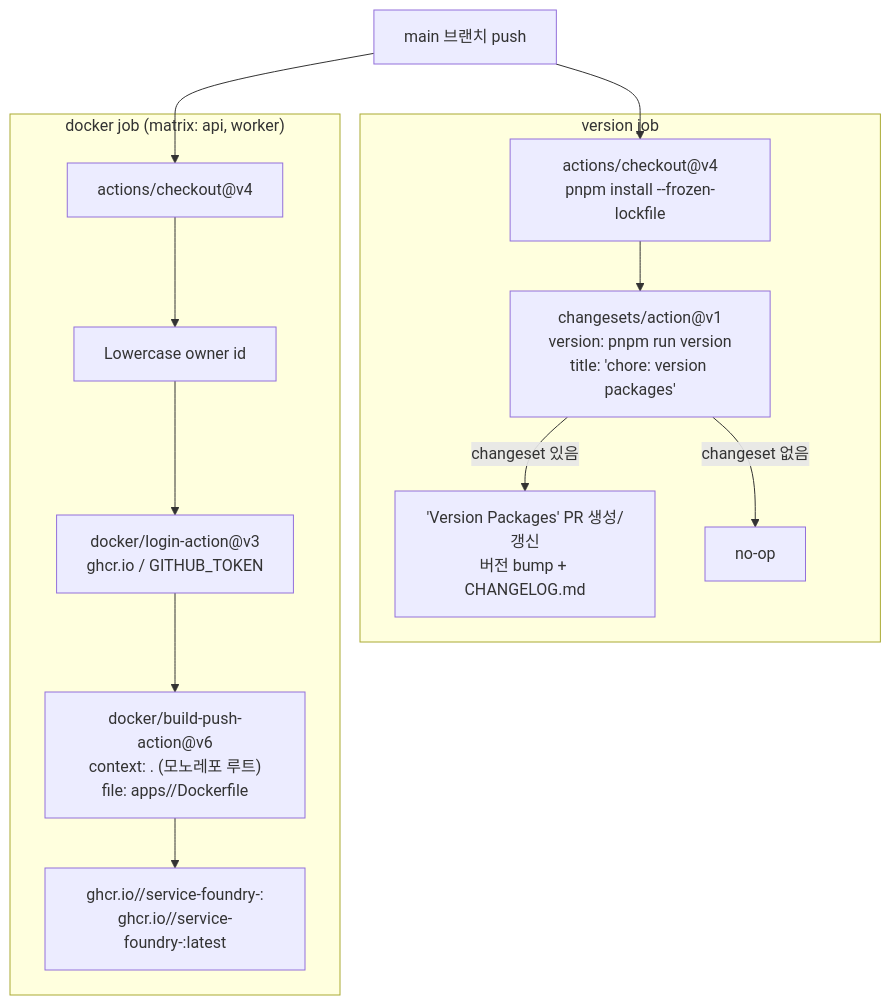
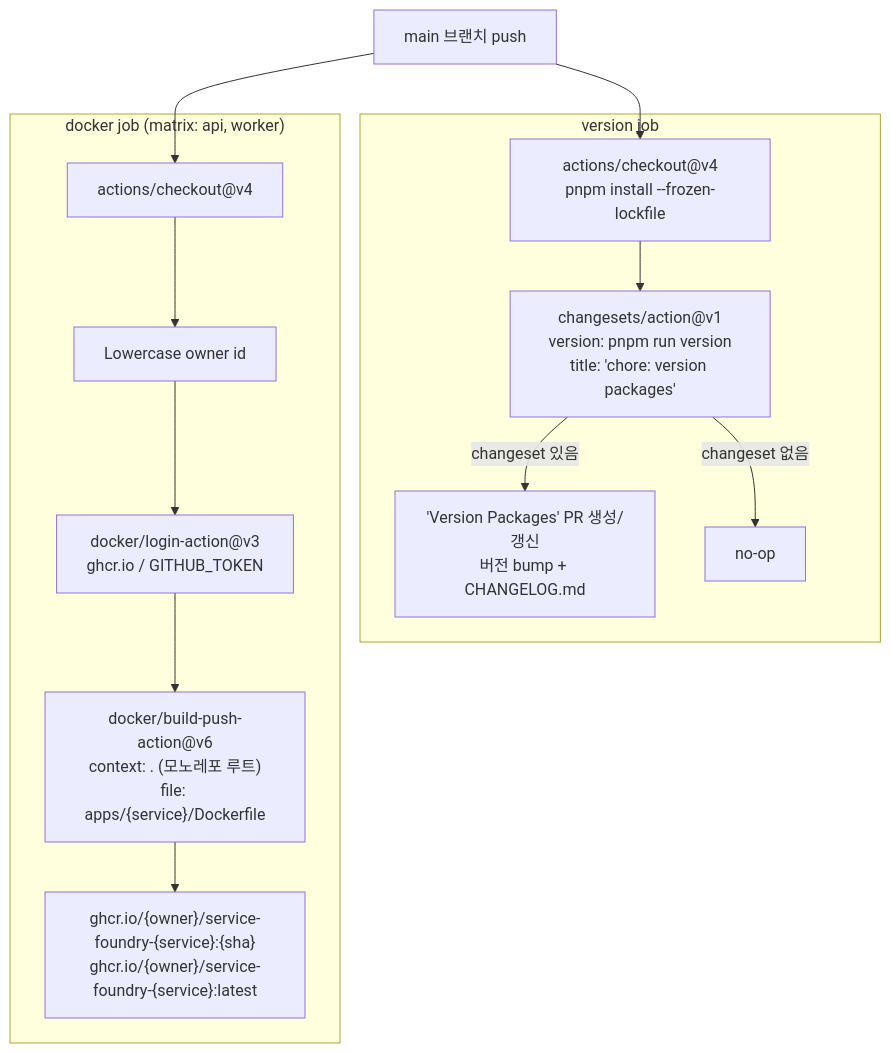
The diagram in docs/explainers/platform/ci-release-changesets-docker.md (Changsik00/service-foundry), drawn with Mermaid before and after one commit. The commit also changed 13 other files, not shown here.

Commit message:
docs(phase-14): escape angle brackets + quote node labels in mermaid (github render)

````diff
--- a/docs/explainers/platform/ci-release-changesets-docker.md
+++ b/docs/explainers/platform/ci-release-changesets-docker.md
@@ -18,23 +18,23 @@
 ```mermaid
 flowchart TD
     Main["main 브랜치 push"]
 
     subgraph "version job"
         CI1["actions/checkout@v4<br/>pnpm install --frozen-lockfile"]
         CS["changesets/action@v1<br/>version: pnpm run version<br/>title: 'chore: version packages'"]
         CI1 --> CS
         CS -->|changeset 있음| VPR["'Version Packages' PR 생성/갱신<br/>버전 bump + CHANGELOG.md"]
         CS -->|changeset 없음| NOOP["no-op"]
     end
 
     subgraph "docker job (matrix: api, worker)"
         CI2["actions/checkout@v4"]
         OWN["Lowercase owner id"]
         LOGIN["docker/login-action@v3<br/>ghcr.io / GITHUB_TOKEN"]
-        BUILD["docker/build-push-action@v6<br/>context: . (모노레포 루트)<br/>file: apps/<service>/Dockerfile"]
-        PUSH["ghcr.io/<owner>/service-foundry-<service>:<sha><br/>ghcr.io/<owner>/service-foundry-<service>:latest"]
+        BUILD["docker/build-push-action@v6<br/>context: . (모노레포 루트)<br/>file: apps/{service}/Dockerfile"]
+        PUSH["ghcr.io/{owner}/service-foundry-{service}:{sha}<br/>ghcr.io/{owner}/service-foundry-{service}:latest"]
         CI2 --> OWN --> LOGIN --> BUILD --> PUSH
     end
 
     Main --> CI1 & CI2
 ```
````
